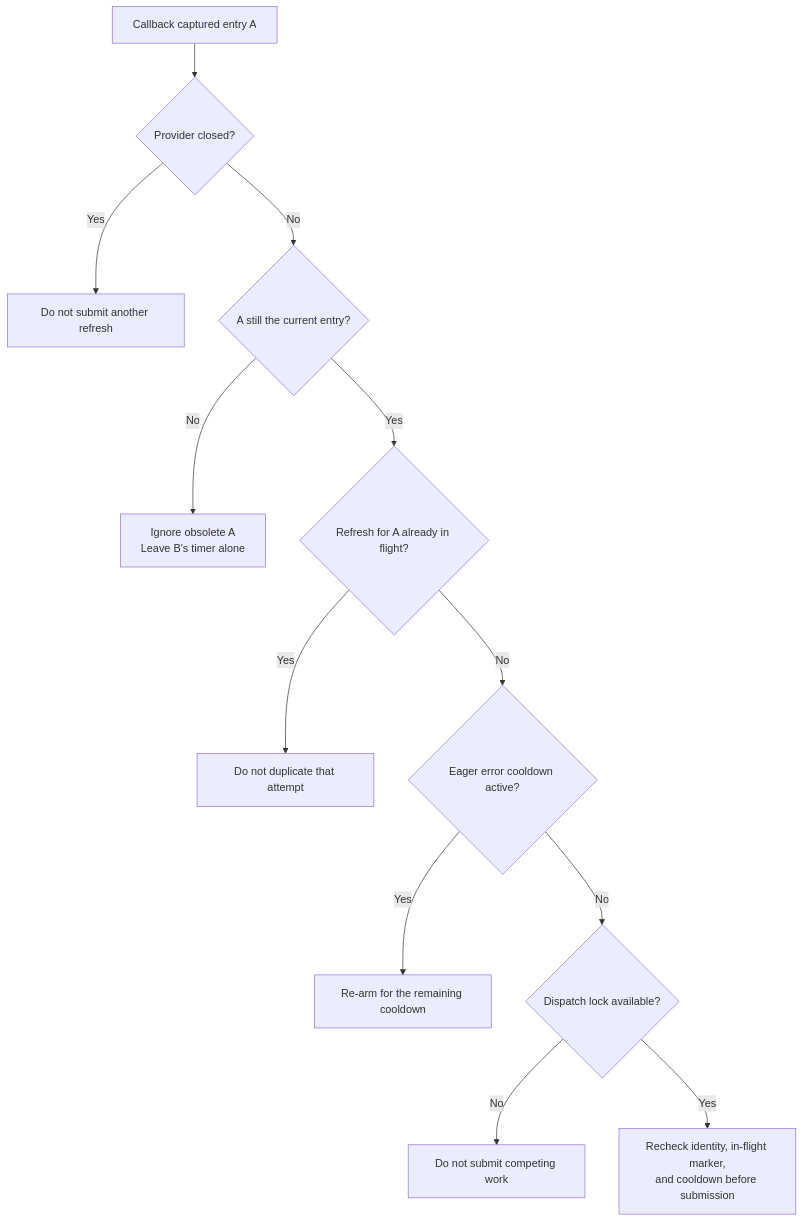
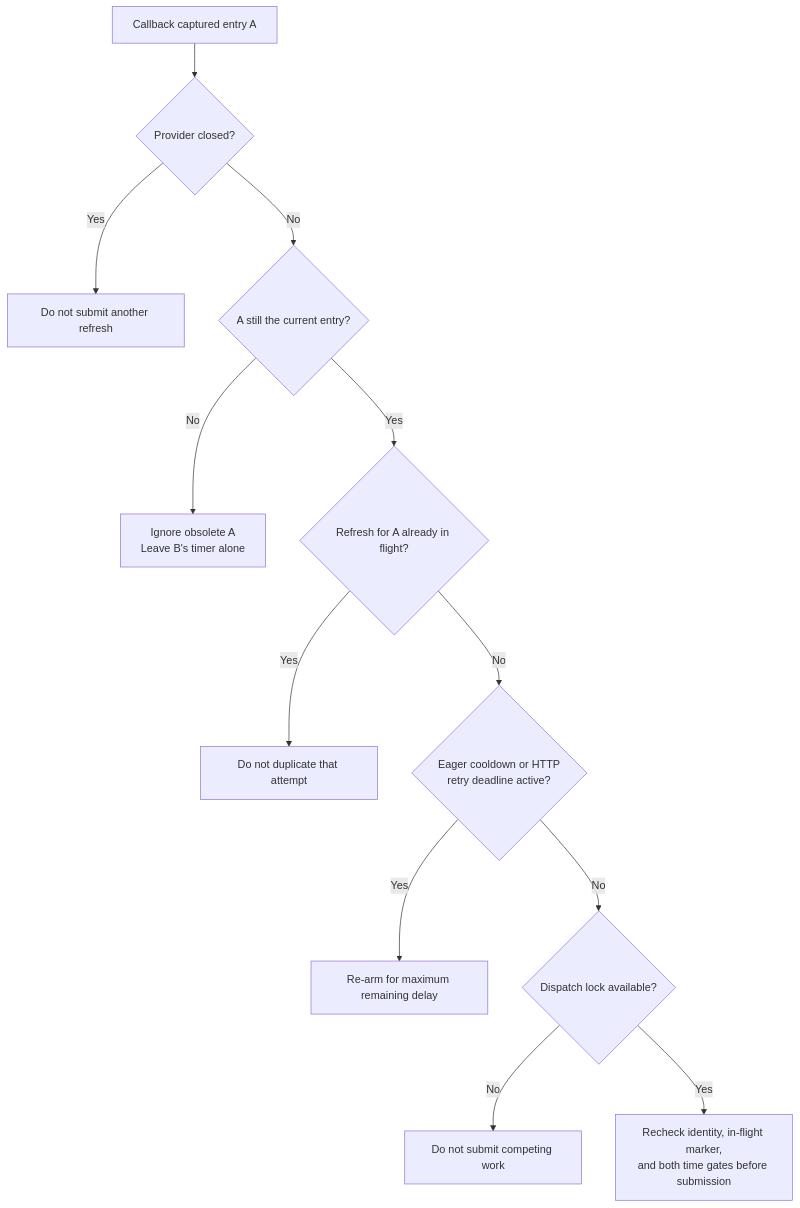
Before and after one commit to entur/jwt-resource-server: the tenth of 11 diagrams in jwt-client/docs/eager-preemptive-refresh/README.md, drawn with Mermaid. The commit also changed other lines of this file and 39 other files, not shown here.

````diff
--- a/jwt-client/docs/eager-preemptive-refresh/README.md
+++ b/jwt-client/docs/eager-preemptive-refresh/README.md
@@ -274,14 +282,14 @@
 ```mermaid
 flowchart TD
     A["Callback captured entry A"] --> Closed{"Provider closed?"}
     Closed -->|Yes| Stop["Do not submit another refresh"]
     Closed -->|No| Current{"A still the current entry?"}
     Current -->|No| Stale["Ignore obsolete A<br/>Leave B's timer alone"]
     Current -->|Yes| Inflight{"Refresh for A already in flight?"}
     Inflight -->|Yes| Existing["Do not duplicate that attempt"]
-    Inflight -->|No| Cooldown{"Eager error cooldown active?"}
-    Cooldown -->|Yes| Rearm["Re-arm for the remaining cooldown"]
+    Inflight -->|No| Cooldown{"Eager cooldown or HTTP<br/>retry deadline active?"}
+    Cooldown -->|Yes| Rearm["Re-arm for maximum remaining delay"]
     Cooldown -->|No| Lock{"Dispatch lock available?"}
     Lock -->|No| Skip["Do not submit competing work"]
-    Lock -->|Yes| Recheck["Recheck identity, in-flight marker,<br/>and cooldown before submission"]
+    Lock -->|Yes| Recheck["Recheck identity, in-flight marker,<br/>and both time gates before submission"]
 ```
````
